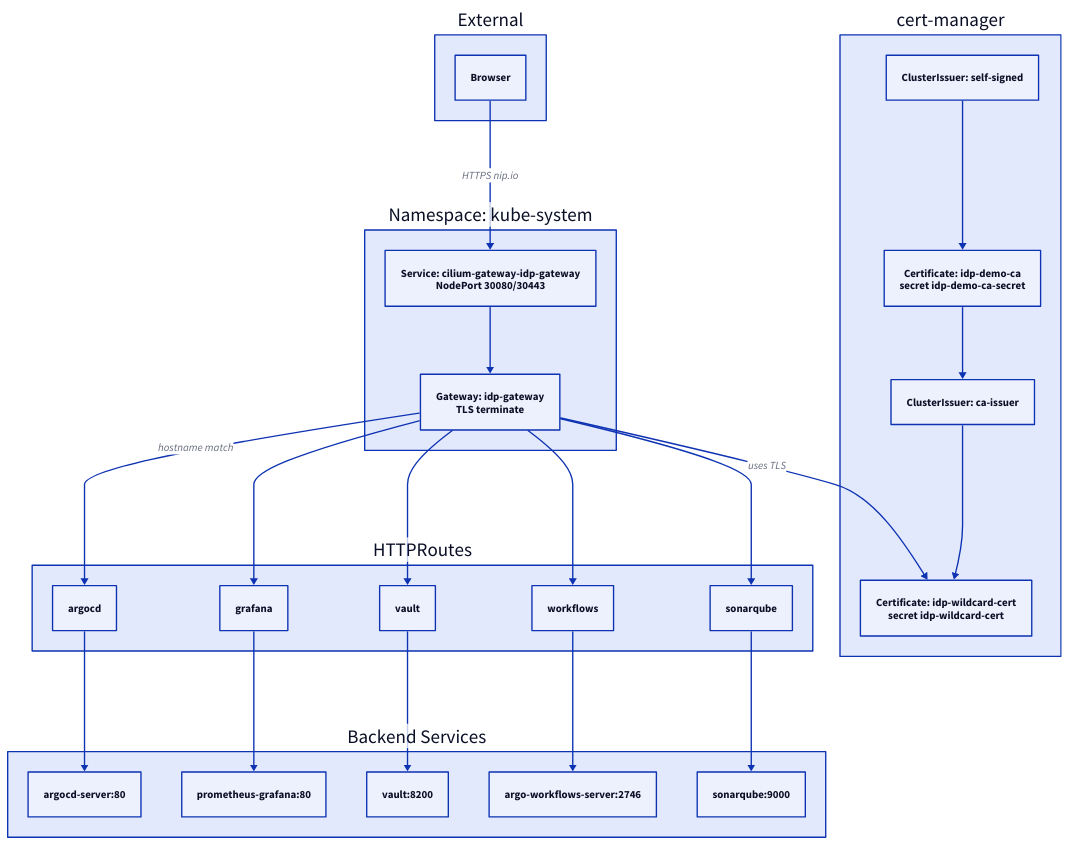
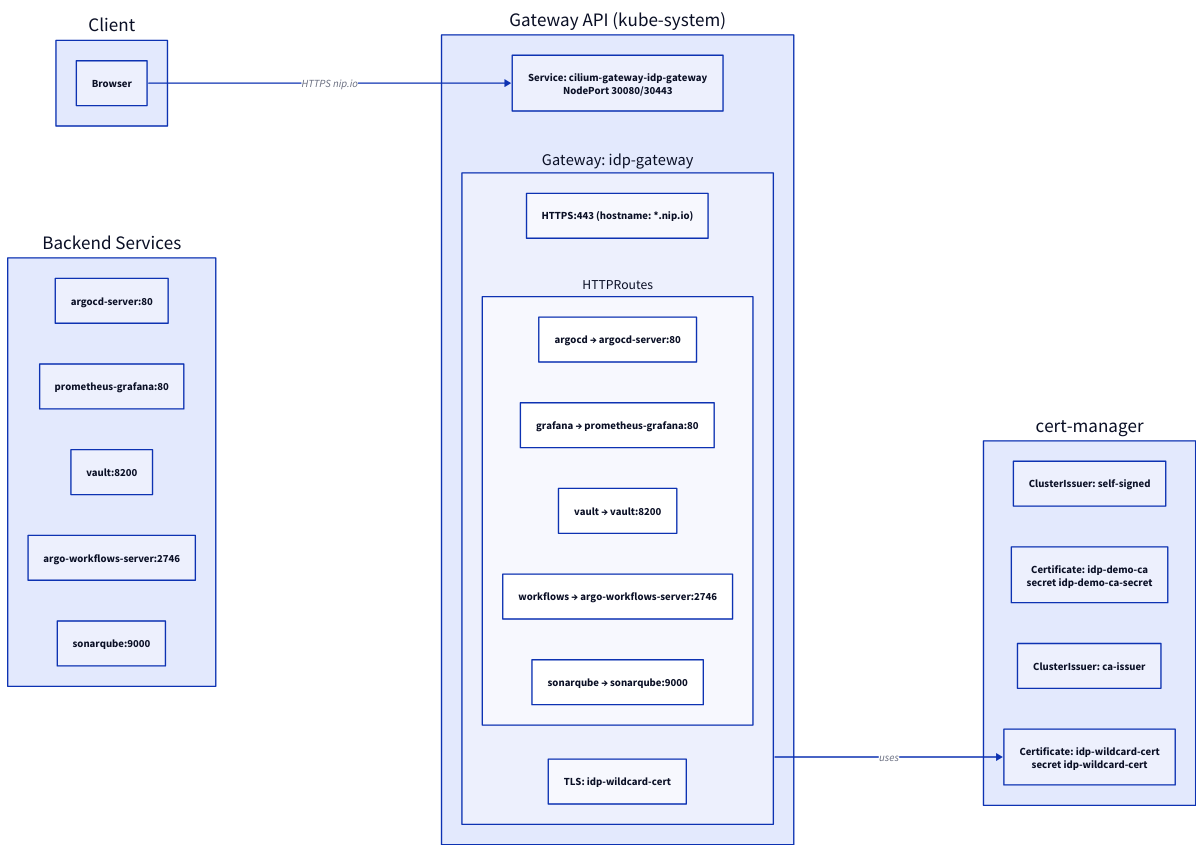
The diagram in Docs/concepts/networking-gateway.md (rou-cru/idp-blueprint), drawn with D2 before and after one commit. The commit also changed 36 other files, not shown here.

````diff
--- a/Docs/concepts/networking-gateway.md
+++ b/Docs/concepts/networking-gateway.md
@@ -69,54 +69,45 @@
 ```d2
-direction: down
+direction: right
 
-External: {
-  Browser
+Client: {
+  Browser: "Browser"
 }
 
-KubeSystem: {
-  label: "Namespace: kube-system"
+GatewayAPI: {
+  label: "Gateway API (kube-system)"
   SVC: "Service: cilium-gateway-idp-gateway\nNodePort 30080/30443"
-  GW: "Gateway: idp-gateway\nTLS terminate"
-}
-
-Routes: {
-  label: "HTTPRoutes"
-  HR1: argocd
-  HR2: grafana
-  HR3: vault
-  HR4: workflows
-  HR5: sonarqube
+  Gateway: {
+    label: "Gateway: idp-gateway"
+    Listener: "HTTPS:443 (hostname: *.nip.io)"
+    TLS: "TLS: idp-wildcard-cert"
+    Routes: {
+      label: "HTTPRoutes"
+      argocd: "argocd → argocd-server:80"
+      grafana: "grafana → prometheus-grafana:80"
+      vault: "vault → vault:8200"
+      workflows: "workflows → argo-workflows-server:2746"
+      sonarqube: "sonarqube → sonarqube:9000"
+    }
+  }
 }
 
 Backends: {
   label: "Backend Services"
-  S1: "argocd-server:80"
-  S2: "prometheus-grafana:80"
-  S3: "vault:8200"
-  S4: "argo-workflows-server:2746"
-  S5: "sonarqube:9000"
+  argocd: "argocd-server:80"
+  grafana: "prometheus-grafana:80"
+  vault: "vault:8200"
+  workflows: "argo-workflows-server:2746"
+  sonarqube: "sonarqube:9000"
 }
 
 Certificates: {
   label: "cert-manager"
   SSI: "ClusterIssuer: self-signed"
   CA: "Certificate: idp-demo-ca\nsecret idp-demo-ca-secret"
   ISS: "ClusterIssuer: ca-issuer"
   CERT: "Certificate: idp-wildcard-cert\nsecret idp-wildcard-cert"
 }
 
-External.Browser -> KubeSystem.SVC: "HTTPS nip.io"
-KubeSystem.SVC -> KubeSystem.GW
-KubeSystem.GW -> Routes.HR1: "hostname match"
-KubeSystem.GW -> Routes.HR2
-KubeSystem.GW -> Routes.HR3
-KubeSystem.GW -> Routes.HR4
-KubeSystem.GW -> Routes.HR5
-Routes.HR1 -> Backends.S1
-Routes.HR2 -> Backends.S2
-Routes.HR3 -> Backends.S3
-Routes.HR4 -> Backends.S4
-Routes.HR5 -> Backends.S5
-KubeSystem.GW -> Certificates.CERT: "uses TLS"
-Certificates.CERT <- Certificates.ISS <- Certificates.CA <- Certificates.SSI
+Client.Browser -> GatewayAPI.SVC: "HTTPS nip.io"
+GatewayAPI.Gateway -> Certificates.CERT: uses
 ```
````
